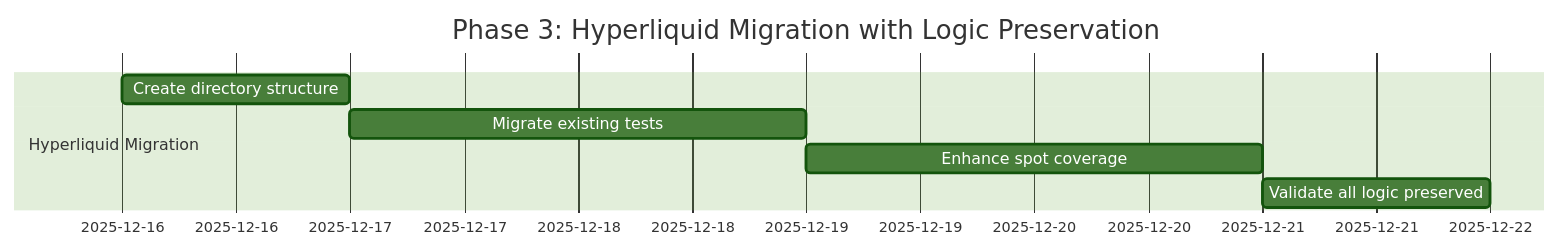
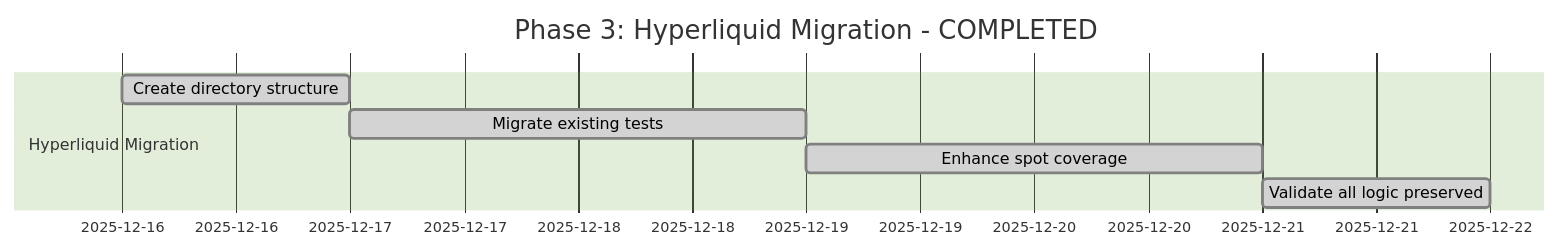
Before and after one commit to plataplomo/hummingbot: the third of 4 diagrams in workflow/integration_tests_refactor_plan.md, drawn with Mermaid (forest theme). The commit also changed other lines of this file and 101 other files, not shown here.

````diff
--- a/workflow/integration_tests_refactor_plan.md
+++ b/workflow/integration_tests_refactor_plan.md
@@ -489,10 +520,10 @@
 ```mermaid
 gantt
-    title Phase 3: Hyperliquid Migration with Logic Preservation
+    title Phase 3: Hyperliquid Migration - COMPLETED
     dateFormat  YYYY-MM-DD
     section Hyperliquid Migration
-    Create directory structure  :2025-12-16, 1d
-    Migrate existing tests     :2025-12-17, 2d
-    Enhance spot coverage      :2025-12-19, 2d
-    Validate all logic preserved :2025-12-21, 1d
+    Create directory structure  :done, 2025-12-16, 1d
+    Migrate existing tests     :done, 2025-12-17, 2d
+    Enhance spot coverage      :done, 2025-12-19, 2d
+    Validate all logic preserved :done, 2025-12-21, 1d
 ```
````
